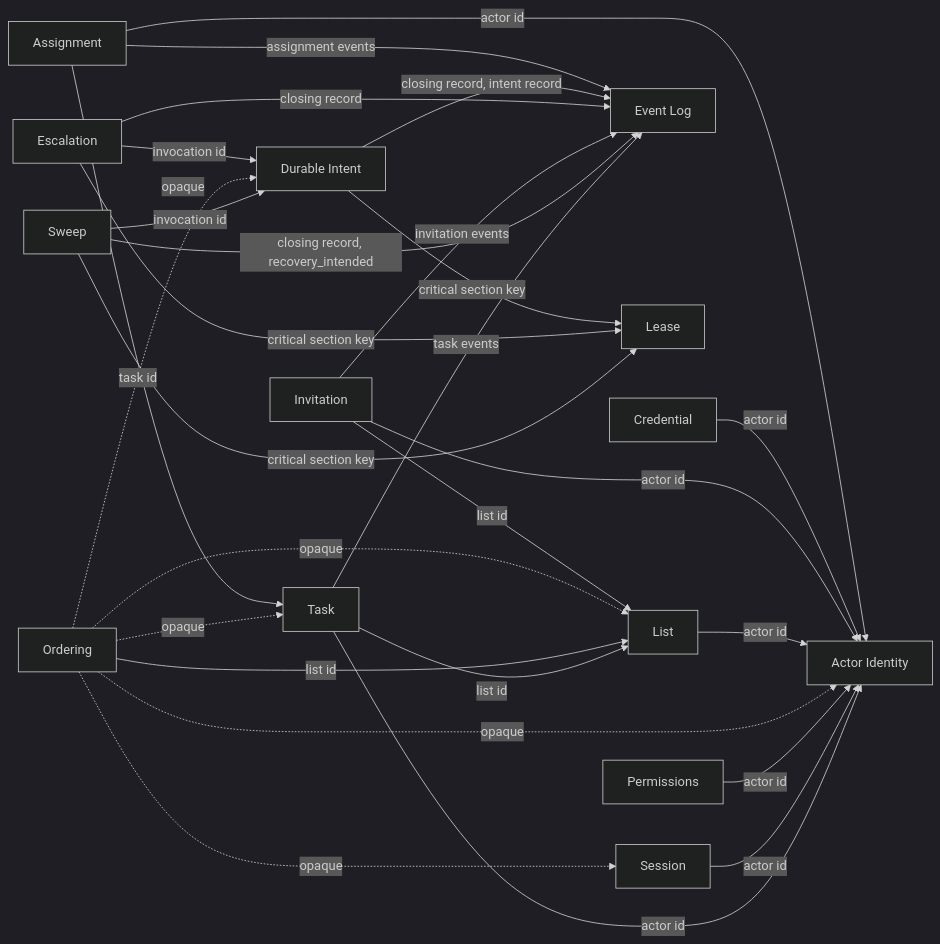
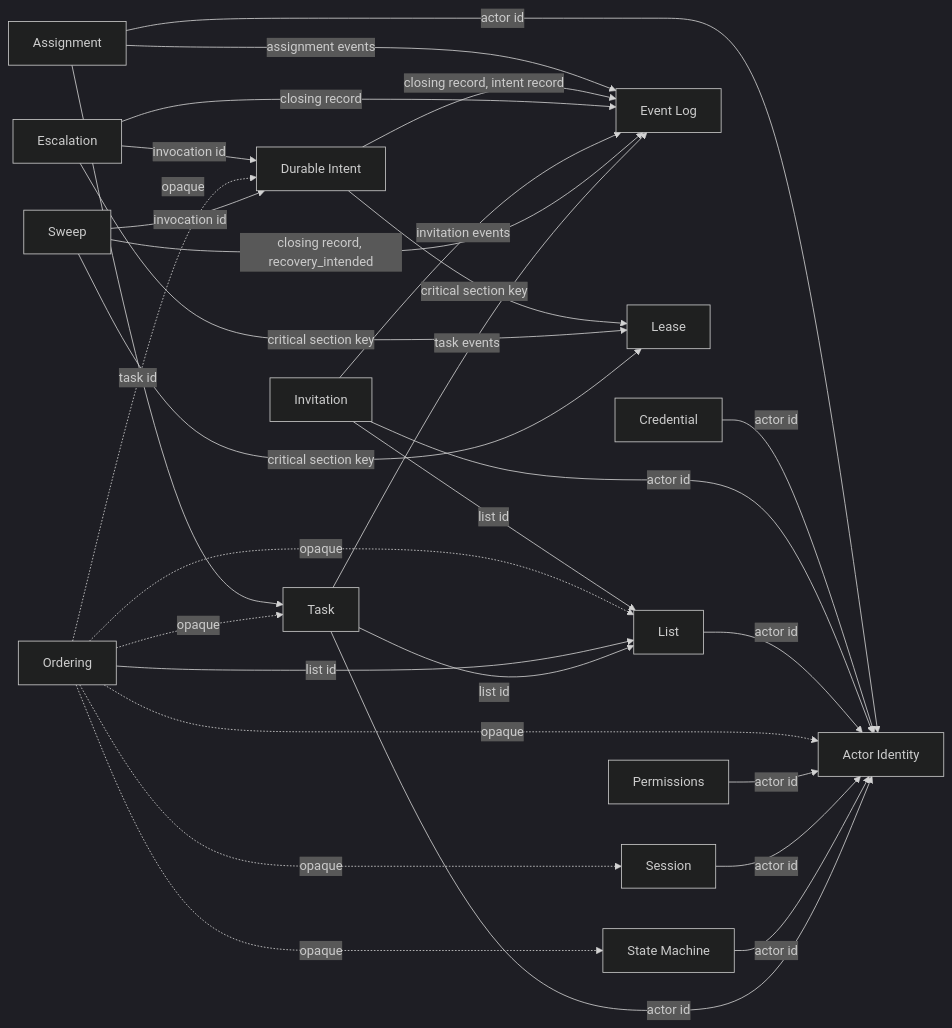
Before and after one commit to scottromack/grace-commons: the first of 3 diagrams in library/graph.md, drawn with Mermaid. The commit also changed 5 other files, not shown here.

````diff
--- a/library/graph.md
+++ b/library/graph.md
@@ -22,45 +22,48 @@
 ```mermaid
 %%{init: {"theme": "dark", "flowchart": {"htmlLabels": true}} }%%
 flowchart LR
   b_actor_identity["Actor Identity"]
   b_assignment["Assignment"]
   b_credential["Credential"]
   b_durable_intent["Durable Intent"]
   b_escalation["Escalation"]
   b_event_log["Event Log"]
   b_invitation["Invitation"]
   b_lease["Lease"]
   b_list["List"]
   b_ordering["Ordering"]
   b_permissions["Permissions"]
   b_session["Session"]
+  b_state_machine["State Machine"]
   b_sweep["Sweep"]
   b_task["Task"]
   b_assignment -->|"task id"| b_task
   b_assignment -->|"actor id"| b_actor_identity
   b_assignment -->|"assignment events"| b_event_log
   b_credential -->|"actor id"| b_actor_identity
   b_durable_intent -->|"critical section key"| b_lease
   b_durable_intent -->|"closing record, intent record"| b_event_log
   b_escalation -->|"critical section key"| b_lease
   b_escalation -->|"invocation id"| b_durable_intent
   b_escalation -->|"closing record"| b_event_log
   b_invitation -->|"list id"| b_list
   b_invitation -->|"actor id"| b_actor_identity
   b_invitation -->|"invitation events"| b_event_log
   b_list -->|"actor id"| b_actor_identity
   b_ordering -.->|"opaque"| b_actor_identity
   b_ordering -.->|"opaque"| b_durable_intent
   b_ordering -.->|"opaque"| b_list
   b_ordering -.->|"opaque"| b_session
+  b_ordering -.->|"opaque"| b_state_machine
   b_ordering -.->|"opaque"| b_task
   b_ordering -->|"list id"| b_list
   b_permissions -->|"actor id"| b_actor_identity
   b_session -->|"actor id"| b_actor_identity
+  b_state_machine -->|"actor id"| b_actor_identity
   b_sweep -->|"critical section key"| b_lease
   b_sweep -->|"invocation id"| b_durable_intent
   b_sweep -->|"closing record, recovery_intended"| b_event_log
   b_task -->|"list id"| b_list
   b_task -->|"actor id"| b_actor_identity
   b_task -->|"task events"| b_event_log
 ```
````
